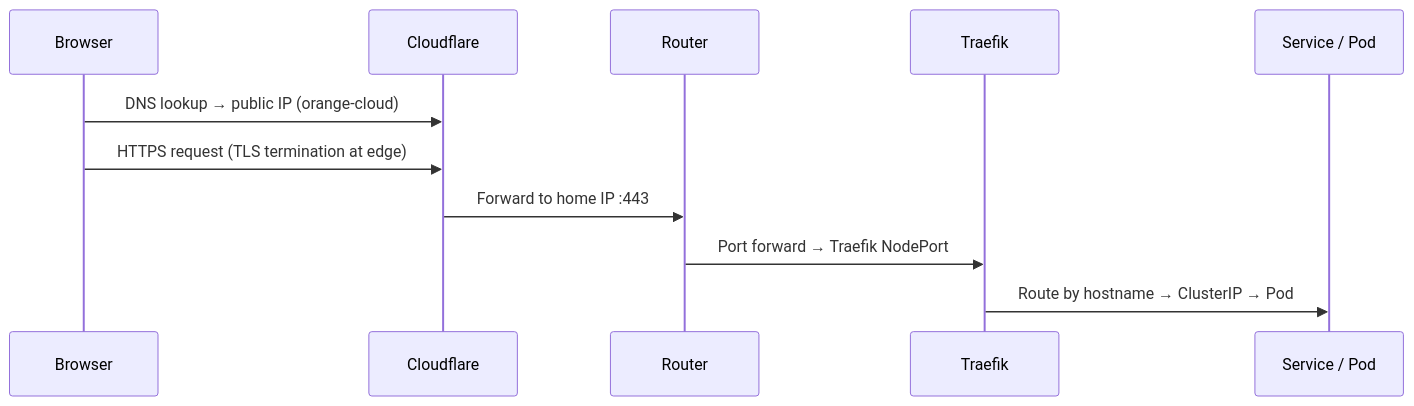
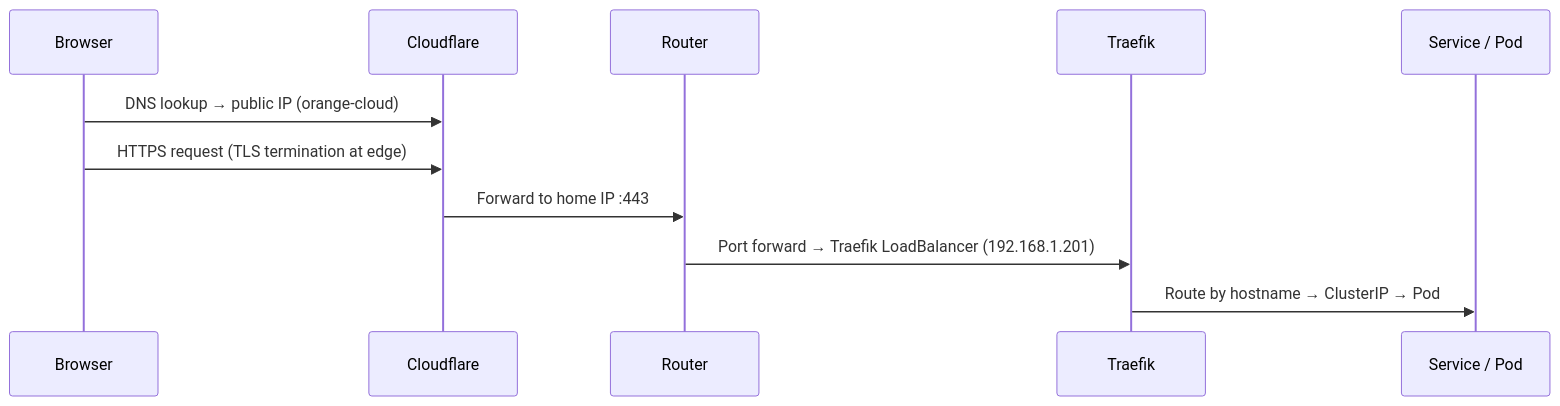
Before and after one commit to Ramphy0x90/r16a-infra: the diagram in network.md, drawn with Mermaid. The commit also changed other lines of this file and 2 other files, not shown here.

````diff
--- a/network.md
+++ b/network.md
@@ -16,14 +16,14 @@
 ```mermaid
 sequenceDiagram
     participant B as Browser
     participant CF as Cloudflare
     participant R as Router
     participant T as Traefik
     participant S as Service / Pod
 
     B->>CF: DNS lookup → public IP (orange-cloud)
     B->>CF: HTTPS request (TLS termination at edge)
     CF->>R: Forward to home IP :443
-    R->>T: Port forward → Traefik NodePort
+    R->>T: Port forward → Traefik LoadBalancer (192.168.1.201)
     T->>S: Route by hostname → ClusterIP → Pod
 ```
````
